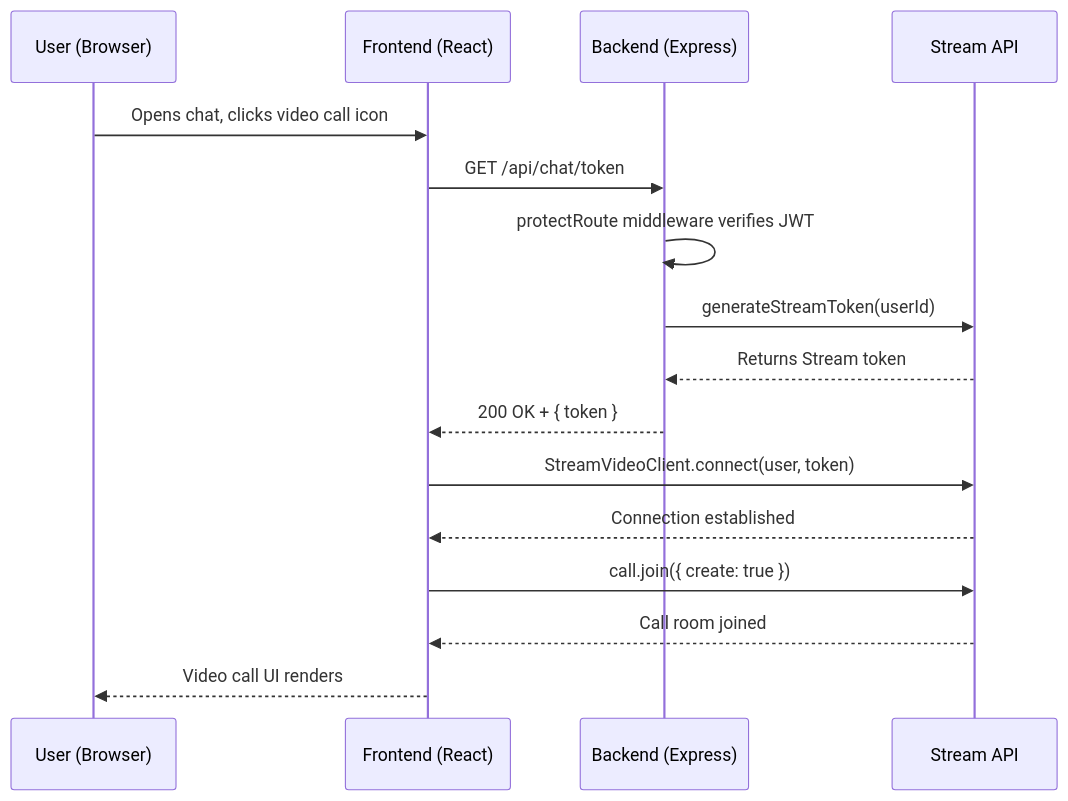
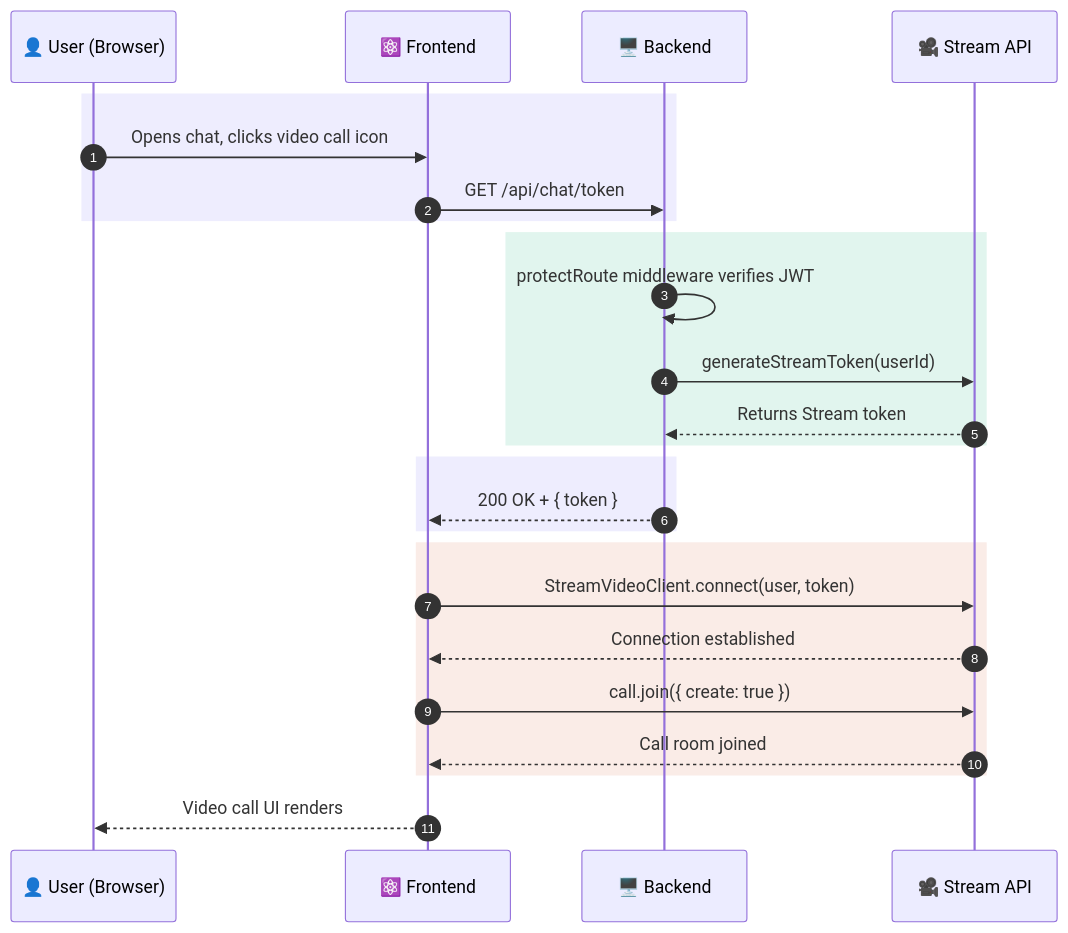
One commit to aasthabajpai010/BhashaShikho changed the fourth of 4 diagrams in ARCHITECTURE.md. Above: the diagram before and after it, drawn with Mermaid. The commit also changed other lines of this file, not shown here.

Commit message:
Add colors to architecture and sequence diagrams

````diff
--- a/ARCHITECTURE.md
+++ b/ARCHITECTURE.md
@@ -99,19 +131,28 @@
 ```mermaid
 sequenceDiagram
-    participant U as User (Browser)
-    participant F as Frontend (React)
-    participant B as Backend (Express)
-    participant S as Stream API
+    autonumber
+    participant U as 👤 User (Browser)
+    participant F as ⚛️ Frontend
+    participant B as 🖥️ Backend
+    participant S as 🎥 Stream API
 
+    rect rgb(238, 237, 254)
     U->>F: Opens chat, clicks video call icon
     F->>B: GET /api/chat/token
+    end
+    rect rgb(225, 245, 238)
     B->>B: protectRoute middleware verifies JWT
     B->>S: generateStreamToken(userId)
     S-->>B: Returns Stream token
+    end
+    rect rgb(238, 237, 254)
     B-->>F: 200 OK + { token }
+    end
+    rect rgb(250, 236, 231)
     F->>S: StreamVideoClient.connect(user, token)
     S-->>F: Connection established
     F->>S: call.join({ create: true })
     S-->>F: Call room joined
+    end
     F-->>U: Video call UI renders
 ```
````
